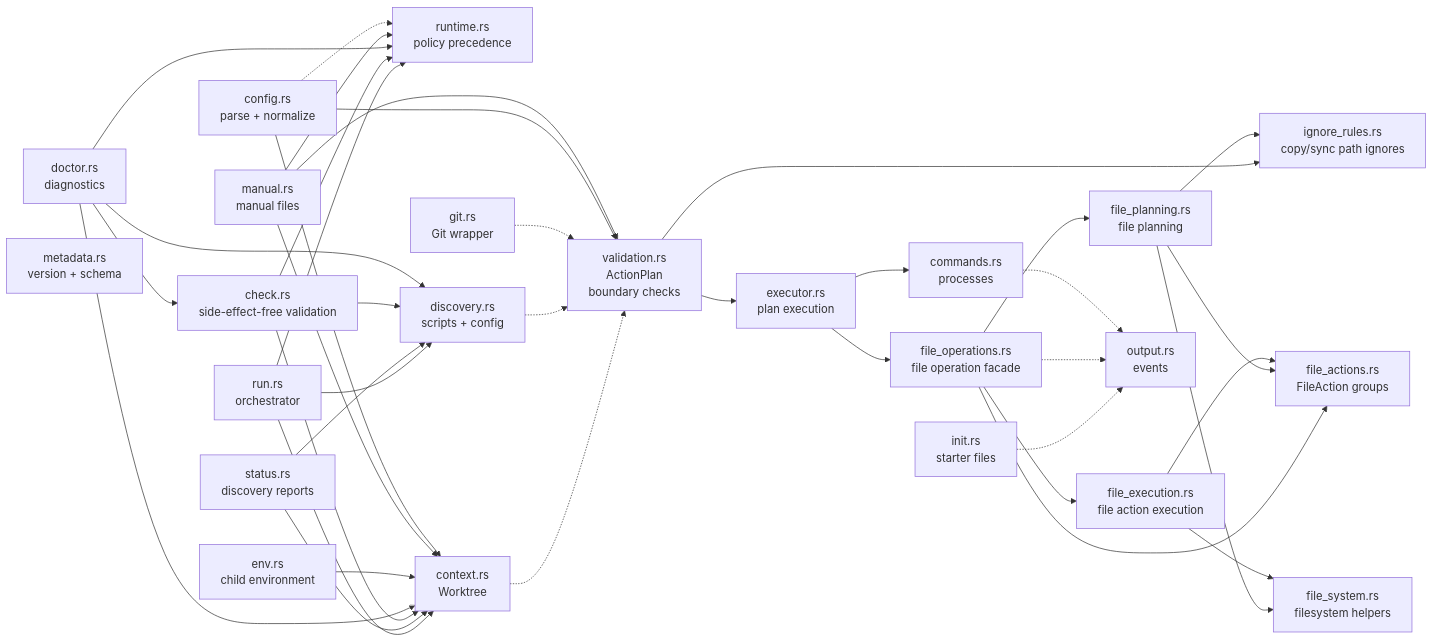
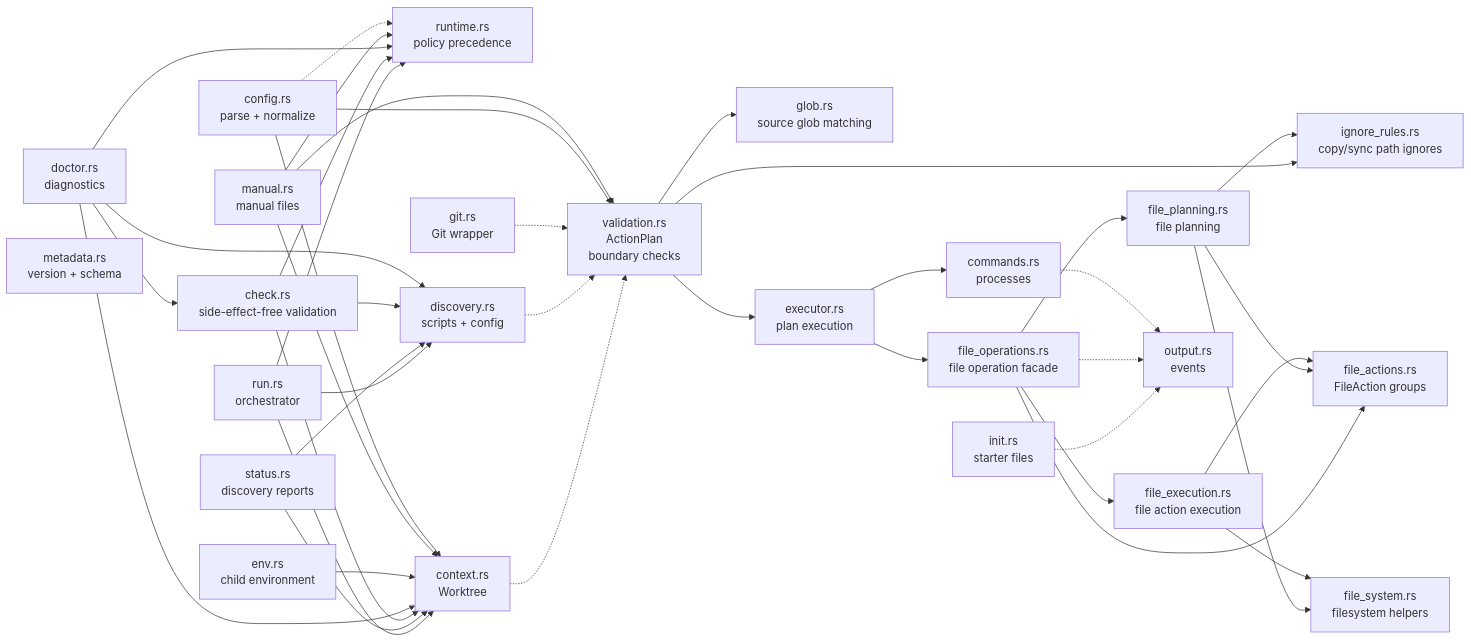
The fifth of 5 diagrams in docs/ARCHITECTURE.md (jimeh/treeboot), drawn with Mermaid before and after one commit. The commit also changed other lines of this file and 11 other files, not shown here.

First line of the commit message:
fix: tighten source glob expansion semantics

````diff
--- a/docs/ARCHITECTURE.md
+++ b/docs/ARCHITECTURE.md
@@ -206,64 +206,66 @@
 ```mermaid
 flowchart LR
   RUN["run.rs<br/>orchestrator"]
   STATUS["status.rs<br/>discovery reports"]
   CHECK["check.rs<br/>side-effect-free validation"]
   DOCTOR["doctor.rs<br/>diagnostics"]
   ENV["env.rs<br/>child environment"]
   MANUAL["manual.rs<br/>manual files"]
   CONFIG["config.rs<br/>parse + normalize"]
   RUNTIME["runtime.rs<br/>policy precedence"]
   INIT["init.rs<br/>starter files"]
   META["metadata.rs<br/>version + schema"]
   CONTEXT["context.rs<br/>Worktree"]
   DISC["discovery.rs<br/>scripts + config"]
   GIT["git.rs<br/>Git wrapper"]
+  GLOB["glob.rs<br/>source glob matching"]
   IGNORE["ignore_rules.rs<br/>copy/sync path ignores"]
   EXEC["executor.rs<br/>plan execution"]
   VALID["validation.rs<br/>ActionPlan<br/>boundary checks"]
   FILE_ACTIONS["file_actions.rs<br/>FileAction groups"]
   FILE_OPS["file_operations.rs<br/>file operation facade"]
   FILE_PLANNING["file_planning.rs<br/>file planning"]
   FILE_EXECUTION["file_execution.rs<br/>file action execution"]
   FILE_SYSTEM["file_system.rs<br/>filesystem helpers"]
   CMDS["commands.rs<br/>processes"]
   OUT["output.rs<br/>events"]
 
   RUN --> CONTEXT
   RUN --> RUNTIME
   RUN --> DISC
   STATUS --> CONTEXT
   STATUS --> DISC
   CHECK --> CONTEXT
   CHECK --> RUNTIME
   CHECK --> DISC
   DOCTOR --> RUNTIME
   DOCTOR --> CONTEXT
   DOCTOR --> DISC
   DOCTOR --> CHECK
   ENV --> CONTEXT
   MANUAL --> CONTEXT
   MANUAL --> RUNTIME
   CONFIG --> CONTEXT
   CONFIG -.-> RUNTIME
   CONTEXT -.-> VALID
   DISC -.-> VALID
   GIT -.-> VALID
   CONFIG --> VALID
   MANUAL --> VALID
+  VALID --> GLOB
   VALID --> IGNORE
   FILE_OPS --> FILE_ACTIONS
   FILE_OPS --> FILE_PLANNING
   FILE_OPS --> FILE_EXECUTION
   FILE_PLANNING --> FILE_ACTIONS
   FILE_PLANNING --> FILE_SYSTEM
   FILE_PLANNING --> IGNORE
   FILE_EXECUTION --> FILE_ACTIONS
   FILE_EXECUTION --> FILE_SYSTEM
   VALID --> EXEC
   EXEC --> FILE_OPS
   EXEC --> CMDS
   INIT -.-> OUT
   FILE_OPS -.-> OUT
   CMDS -.-> OUT
 ```
````
